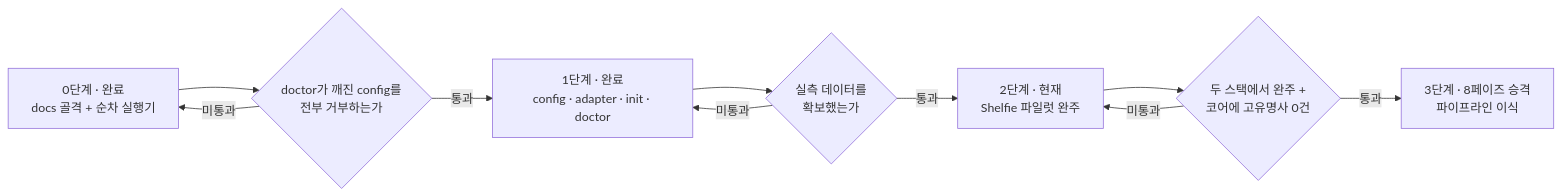
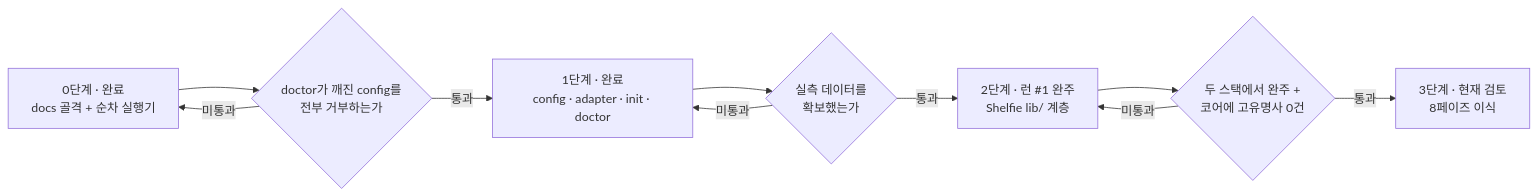
The first of 2 diagrams in docs/harness/ROADMAP.md (hyuham1335-stack/banana-island-ops), drawn with Mermaid before and after one commit. The commit also changed other lines of this file and 2 other files, not shown here.

First line of the commit message:
docs(harness): 파일럿 런 #1 기록과 ADR-H005

````diff
--- a/docs/harness/ROADMAP.md
+++ b/docs/harness/ROADMAP.md
@@ -48,18 +49,18 @@
 ```mermaid
 flowchart LR
     S0["0단계 · 완료<br/>docs 골격 + 순차 실행기"]
     S1["1단계 · 완료<br/>config · adapter · init · doctor"]
-    S2["2단계 · 현재<br/>Shelfie 파일럿 완주"]
-    S3["3단계 · 8페이즈 승격<br/>파이프라인 이식"]
+    S2["2단계 · 런 #1 완주<br/>Shelfie lib/ 계층"]
+    S3["3단계 · 현재 검토<br/>8페이즈 이식"]
 
     S0 --> G1{"doctor가 깨진 config를<br/>전부 거부하는가"}
     G1 -->|통과| S1
     S1 --> G2{"실측 데이터를<br/>확보했는가"}
     G2 -->|통과| S2
     S2 --> G3{"두 스택에서 완주 +<br/>코어에 고유명사 0건"}
     G3 -->|통과| S3
 
     G1 -->|미통과| S0
     G2 -->|미통과| S1
     G3 -->|미통과| S2
 ```
````
